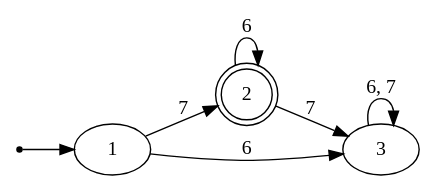
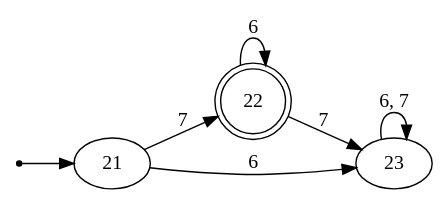
Before and after one commit to GiovA07/A: the diagram in automataExamples/automataFD/automata2AFD.dot, drawn with Graphviz. The commit also changed 32 other files, not shown here.

```diff
--- a/automataExamples/automataFD/automata2AFD.dot
+++ b/automataExamples/automataFD/automata2AFD.dot
@@ -1,15 +1,15 @@
 digraph{
 
 rankdir=LR;
 inic[shape=point];
 
-inic->1;
+inic->21;
 
-1->2 [label="7"];
-1->3 [label="6"];
-2->2 [label="6"];
-2->3 [label="7"];
-3->3 [label="6, 7"];
+21->22 [label="7"];
+21->23 [label="6"];
+22->22 [label="6"];
+22->23 [label="7"];
+23->23 [label="6, 7"];
 
-2[shape=doublecircle];
+22[shape=doublecircle];
 }
```
